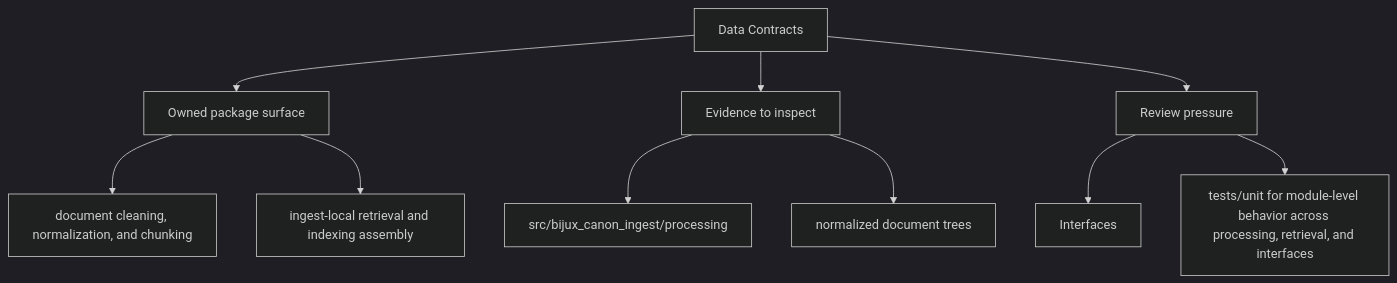
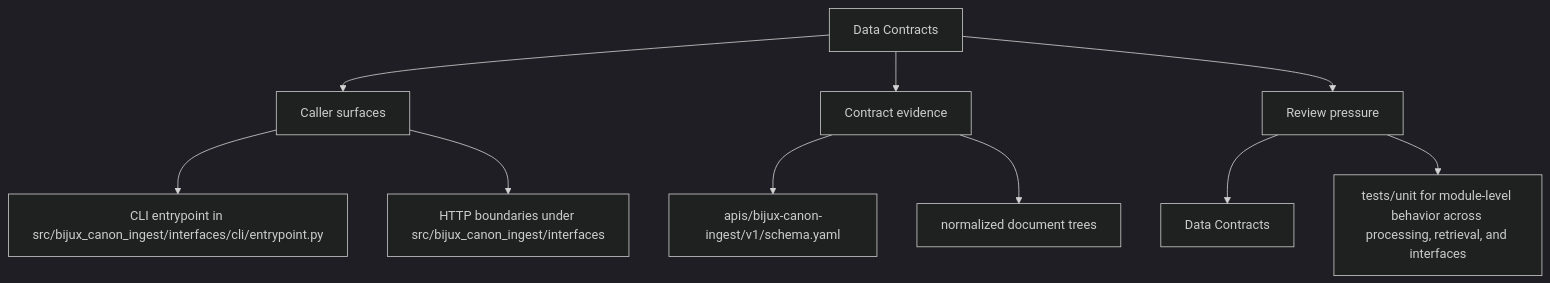
The second of 2 diagrams in docs/bijux-canon-ingest/interfaces/data-contracts.md (bijux/bijux-canon), drawn with Mermaid (dark theme) before and after one commit. The commit also changed other lines of this file and 250 other files, not shown here.

Commit message:
docs(diagrams): make product page maps more readable

````diff
--- a/docs/bijux-canon-ingest/interfaces/data-contracts.md
+++ b/docs/bijux-canon-ingest/interfaces/data-contracts.md
@@ -35,22 +35,22 @@
 ```mermaid
 flowchart TD
     page["Data Contracts"]
-    focus1["Owned package surface"]
+    focus1["Caller surfaces"]
     page --> focus1
-    focus1_1["document cleaning, normalization, and chunking"]
+    focus1_1["CLI entrypoint in src/bijux_canon_ingest/interfaces/cli/entrypoint.py"]
     focus1 --> focus1_1
-    focus1_2["ingest-local retrieval and indexing assembly"]
+    focus1_2["HTTP boundaries under src/bijux_canon_ingest/interfaces"]
     focus1 --> focus1_2
-    focus2["Evidence to inspect"]
+    focus2["Contract evidence"]
     page --> focus2
-    focus2_1["src/bijux_canon_ingest/processing"]
+    focus2_1["apis/bijux-canon-ingest/v1/schema.yaml"]
     focus2 --> focus2_1
     focus2_2["normalized document trees"]
     focus2 --> focus2_2
     focus3["Review pressure"]
     page --> focus3
-    focus3_1["Interfaces"]
+    focus3_1["Data Contracts"]
     focus3 --> focus3_1
     focus3_2["tests/unit for module-level behavior across processing, retrieval, and interfaces"]
     focus3 --> focus3_2
 ```
````
